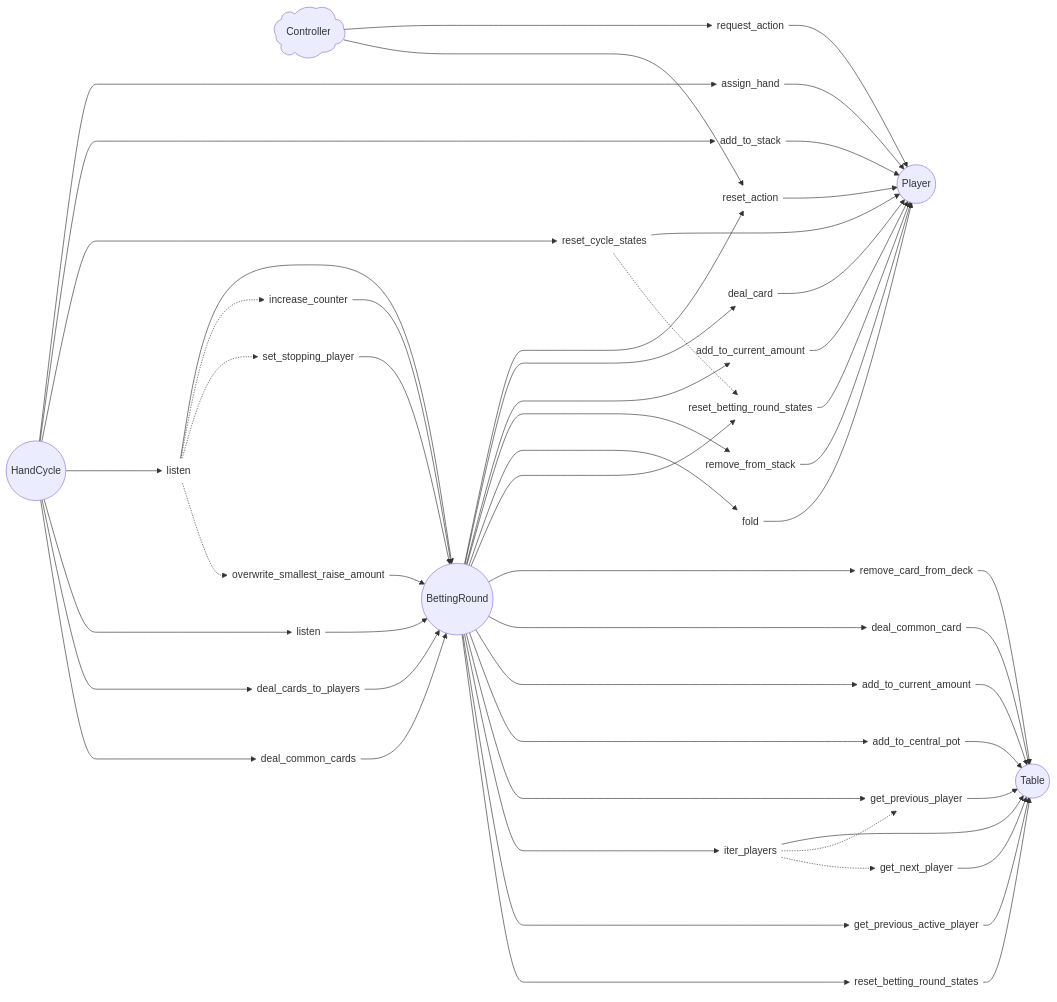
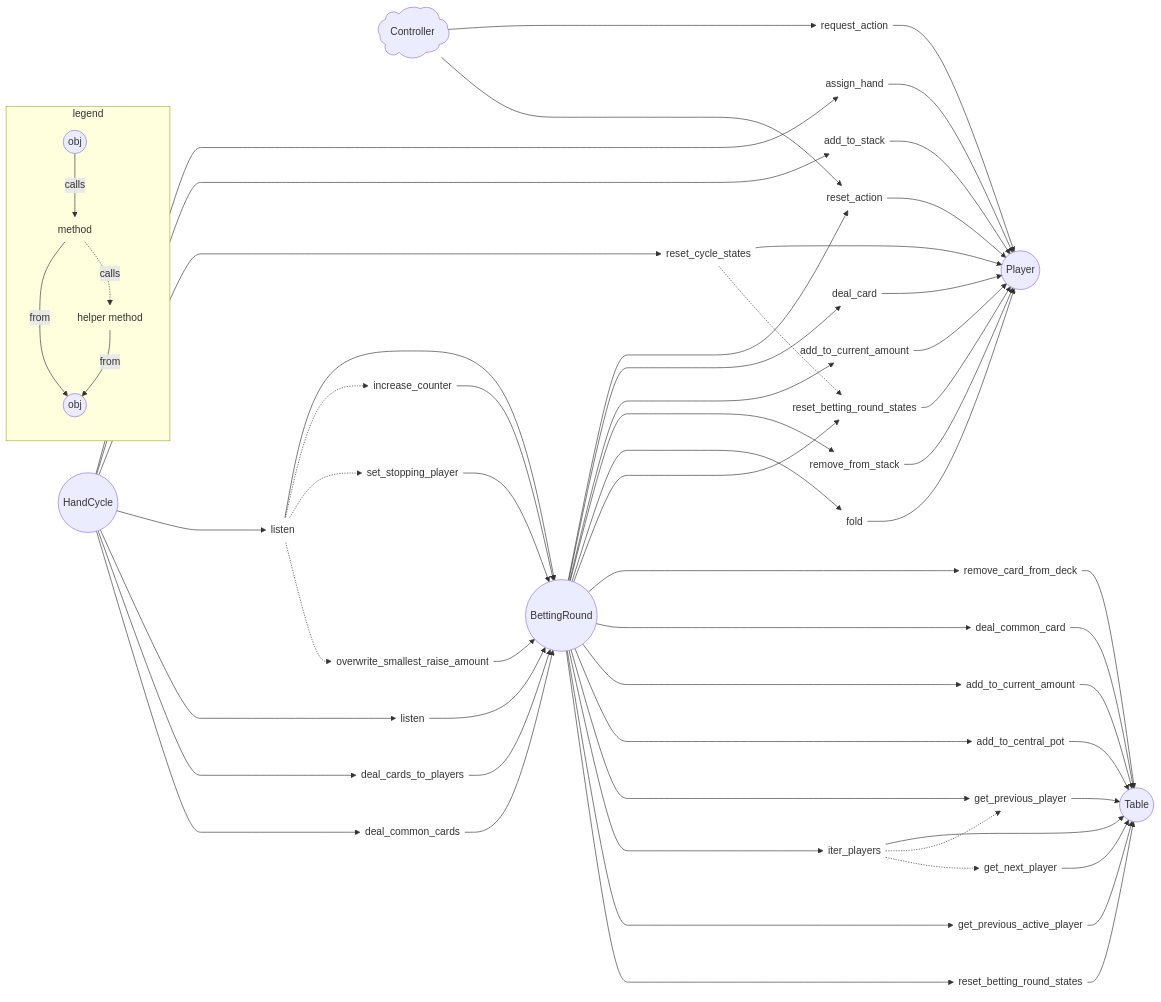
One commit to jorsaland/pokerpy changed the diagram in MODEL.md. Above: the diagram before and after it, drawn with Mermaid.

Commit message:
added a legend to communication model

````diff
--- a/MODEL.md
+++ b/MODEL.md
@@ -3,5 +1,16 @@
 ```mermaid
 flowchart LR
+
+    subgraph legend
+        i1(obj)@{ shape: circle }
+        i2(obj)@{ shape: circle }
+        m1(method)@{ shape: text }
+        m2(helper method)@{ shape: text }
+        i1 -->|calls| m1
+        m1 --> |from| i2
+        m1 -.-> |calls| m2
+        m2 --> |from| i2
+    end
 
     %% Classes and methods
 
````
